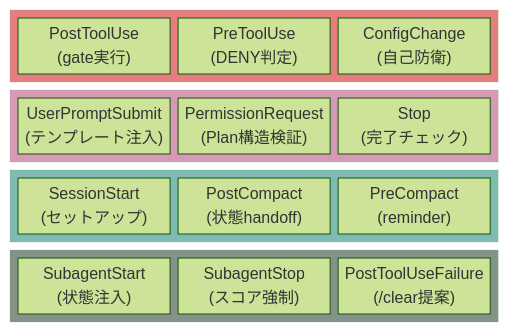
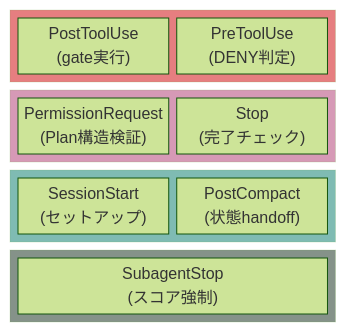
Before and after one commit to hir4ta/qult: the third of 3 diagrams in README.md, drawn with Mermaid (forest theme). The commit also changed other lines of this file and 21 other files, not shown here.

````diff
--- a/README.md
+++ b/README.md
@@ -87,29 +86,29 @@
 ```mermaid
 block-beta
-    columns 3
+    columns 2
 
-    block:wall:3
-        columns 3
-        A["PostToolUse\n(gate実行)"] B["PreToolUse\n(DENY判定)"] C["ConfigChange\n(自己防衛)"]
+    block:wall:2
+        columns 2
+        A["PostToolUse\n(gate実行)"] B["PreToolUse\n(DENY判定)"]
     end
 
-    block:plan:3
-        columns 3
-        D["UserPromptSubmit\n(テンプレート注入)"] E["PermissionRequest\n(Plan構造検証)"] F["Stop\n(完了チェック)"]
+    block:plan:2
+        columns 2
+        E["PermissionRequest\n(Plan構造検証)"] F["Stop\n(完了チェック)"]
     end
 
-    block:support:3
-        columns 3
-        G["SessionStart\n(セットアップ)"] H["PostCompact\n(状態handoff)"] I["PreCompact\n(reminder)"]
+    block:support:2
+        columns 2
+        G["SessionStart\n(セットアップ)"] H["PostCompact\n(状態handoff)"]
     end
 
-    block:sub:3
-        columns 3
-        J["SubagentStart\n(状態注入)"] K["SubagentStop\n(スコア強制)"] L["PostToolUseFailure\n(/clear提案)"]
+    block:sub:2
+        columns 1
+        K["SubagentStop\n(スコア強制)"]
     end
 
     style wall fill:#e67e80,color:#2d353b
     style plan fill:#d699b6,color:#2d353b
     style support fill:#7fbbb3,color:#2d353b
     style sub fill:#859289,color:#2d353b
 ```
````
